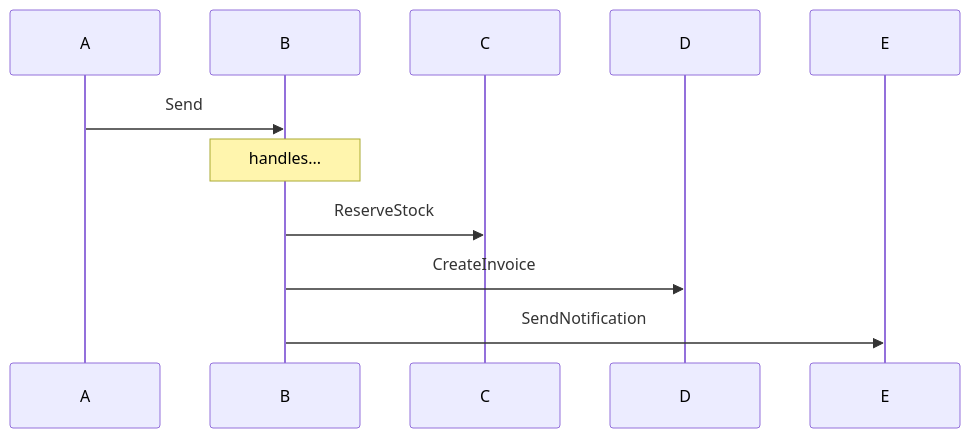
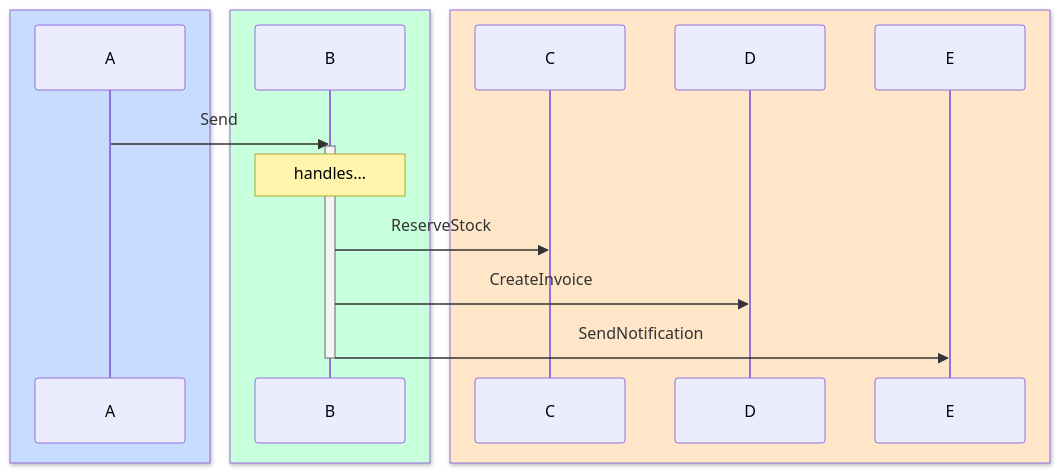
One commit to ergo-services/ergo changed the seventh of 9 diagrams in docs/advanced/distributed-tracing.md. Above: the diagram before and after it, drawn with Mermaid. The commit also changed other lines of this file, not shown here.

````diff
--- a/docs/advanced/distributed-tracing.md
+++ b/docs/advanced/distributed-tracing.md
@@ -784,14 +798,22 @@
 ```mermaid
 sequenceDiagram
+    box rgb(200,220,255)  
     participant A
+    end
+    box rgb(200,255,220)  
     participant B
+    end
+    box rgb(255,230,200)  
     participant C
     participant D
     participant E
+    end
 
     A->>B: Send
+    activate B
     Note over B: handles...
     B->>C: ReserveStock
     B->>D: CreateInvoice
     B->>E: SendNotification
+    deactivate B
 ```
````
